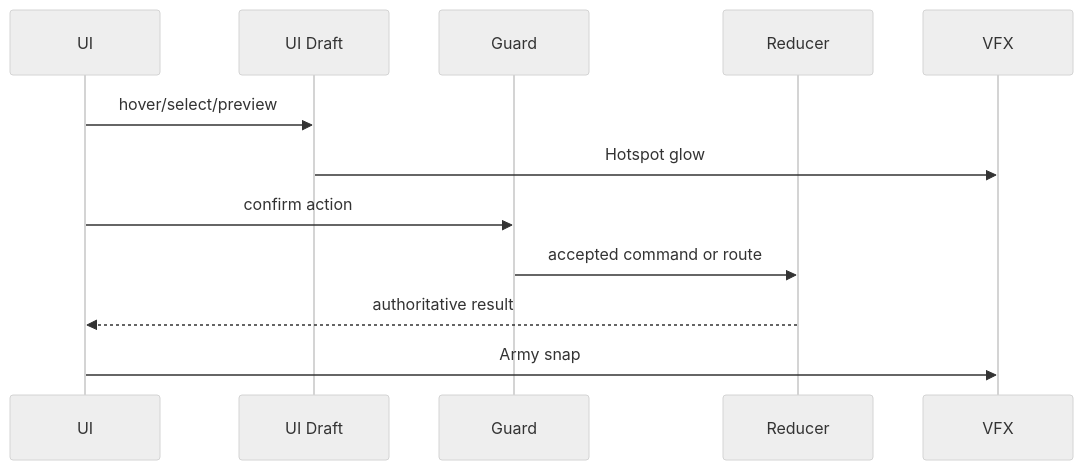
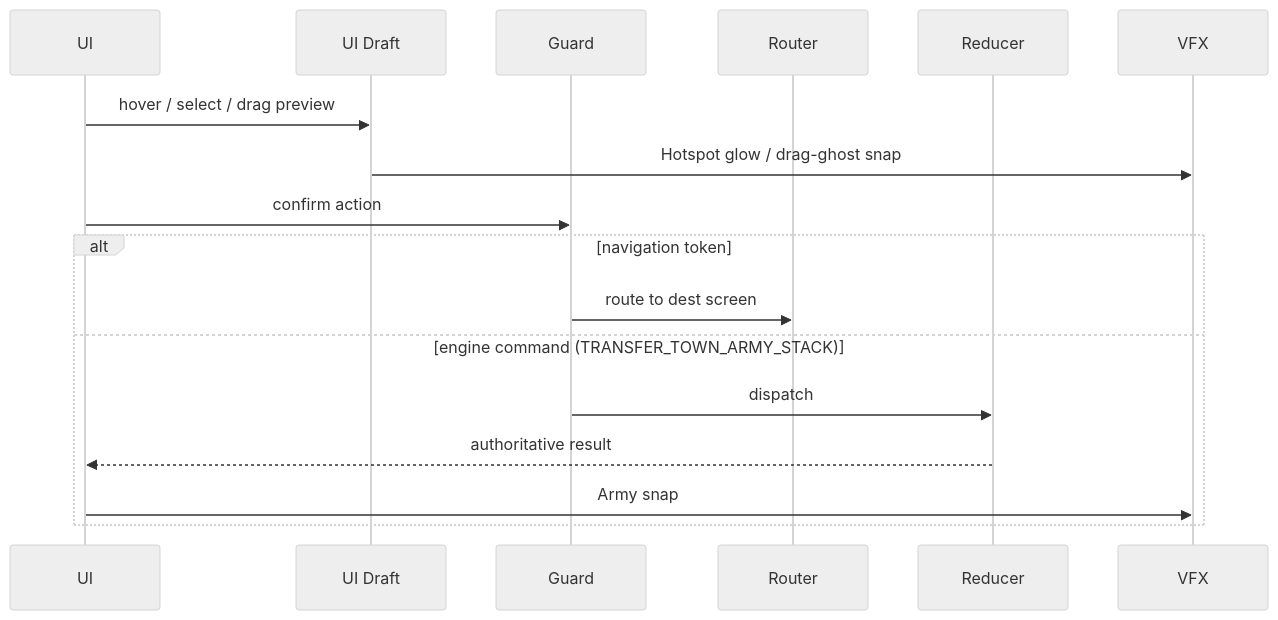
The fourth of 5 diagrams in docs/architecture/wiki/screens/24-town-screen/architecture.md (SunaNoOshiro/Heroes_Reforged_AI_Realms), drawn with Mermaid (neutral theme) before and after one commit. The commit also changed other lines of this file and 518 other files, not shown here.

First line of the commit message:
Add doc-audit skill and sweep architecture/screen docs

````diff
--- a/docs/architecture/wiki/screens/24-town-screen/architecture.md
+++ b/docs/architecture/wiki/screens/24-town-screen/architecture.md
@@ -58,14 +56,19 @@
 ```mermaid
 sequenceDiagram
   participant UI
   participant Draft as UI Draft
   participant Guard
+  participant Router
   participant Reducer
   participant VFX
-  UI->>Draft: hover/select/preview
-  Draft->>VFX: Hotspot glow
+  UI->>Draft: hover / select / drag preview
+  Draft->>VFX: Hotspot glow / drag-ghost snap
   UI->>Guard: confirm action
-  Guard->>Reducer: accepted command or route
-  Reducer-->>UI: authoritative result
-  UI->>VFX: Army snap
+  alt navigation token
+    Guard->>Router: route to dest screen
+  else engine command (TRANSFER_TOWN_ARMY_STACK)
+    Guard->>Reducer: dispatch
+    Reducer-->>UI: authoritative result
+    UI->>VFX: Army snap
+  end
 ```
````
